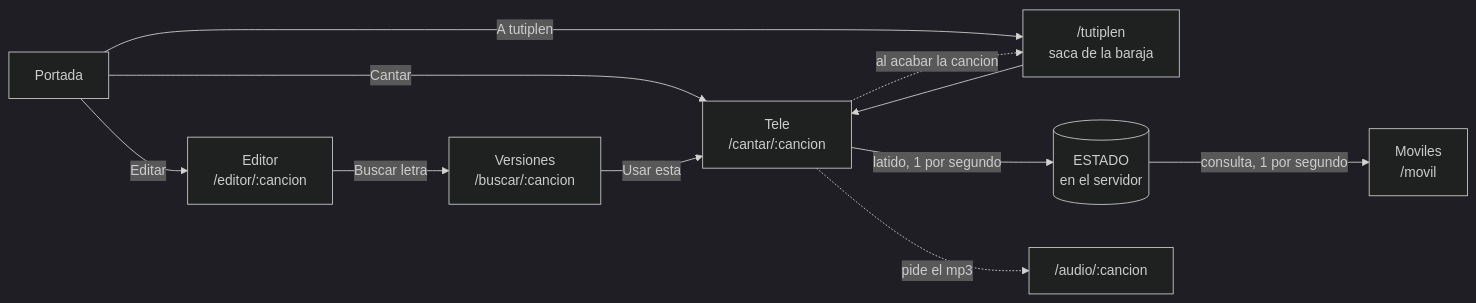
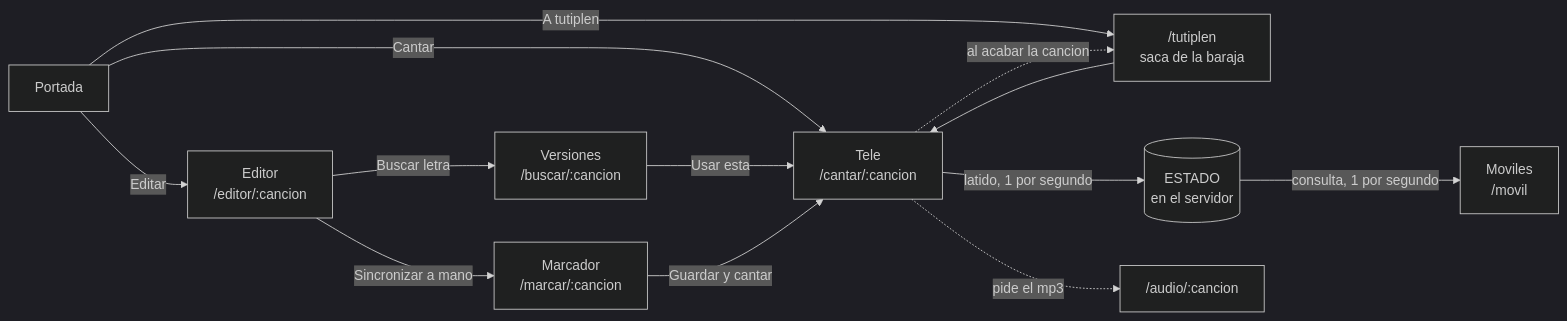
The diagram in README.md (ArkaitzAmostegi/Karaoke), drawn with Mermaid (dark theme) before and after one commit. The commit also changed other lines of this file and 74 other files, not shown here.

````diff
--- a/README.md
+++ b/README.md
@@ -20,13 +19,15 @@
 ```mermaid
 flowchart LR
     P["Portada"] -->|Cantar| C["Tele<br>/cantar/:cancion"]
     P -->|"A tutiplen"| T["/tutiplen<br>saca de la baraja"]
     T --> C
     C -.->|"al acabar la cancion"| T
     P -->|Editar| E["Editor<br>/editor/:cancion"]
     E -->|Buscar letra| V["Versiones<br>/buscar/:cancion"]
+    E -->|Sincronizar a mano| M2["Marcador<br>/marcar/:cancion"]
     V -->|Usar esta| C
+    M2 -->|Guardar y cantar| C
     C -->|"latido, 1 por segundo"| S[("ESTADO<br>en el servidor")]
     S -->|"consulta, 1 por segundo"| M["Moviles<br>/movil"]
     C -.->|"pide el mp3"| A["/audio/:cancion"]
 ```
````
